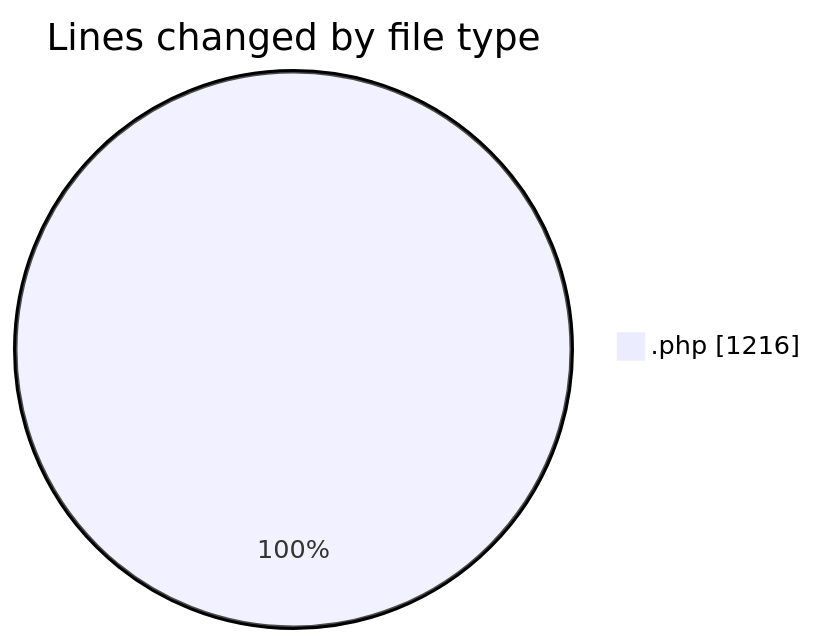
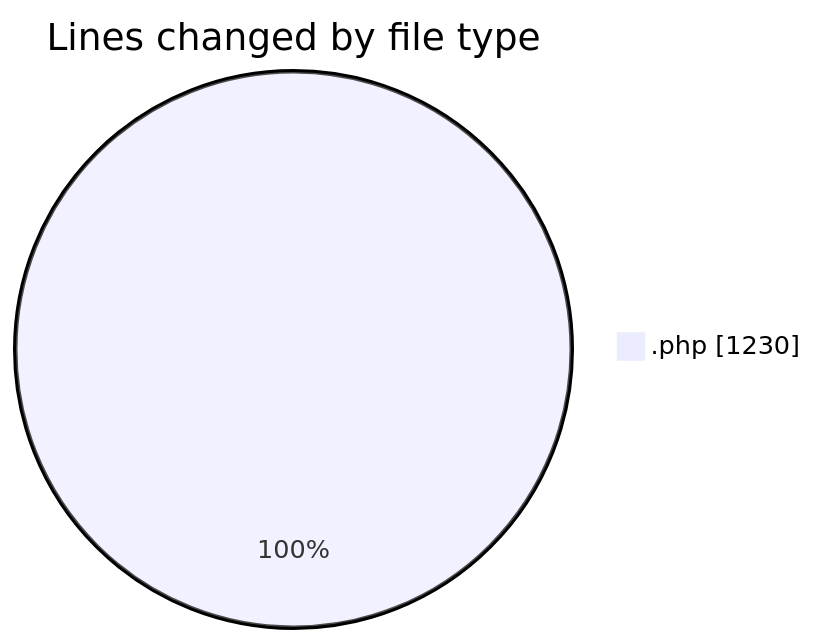
The first of 2 diagrams in 2025-10-03/totem2/README.md (LanceThiago/code-tracking), drawn with Mermaid before and after one commit. The commit also changed other lines of this file and 1 other file, not shown here.

````diff
--- a/2025-10-03/totem2/README.md
+++ b/2025-10-03/totem2/README.md
@@ -22,5 +22,5 @@
 ```mermaid
 pie showData
 title Lines changed by file type
-".php" : 1216
+".php" : 1230
 ```
````
